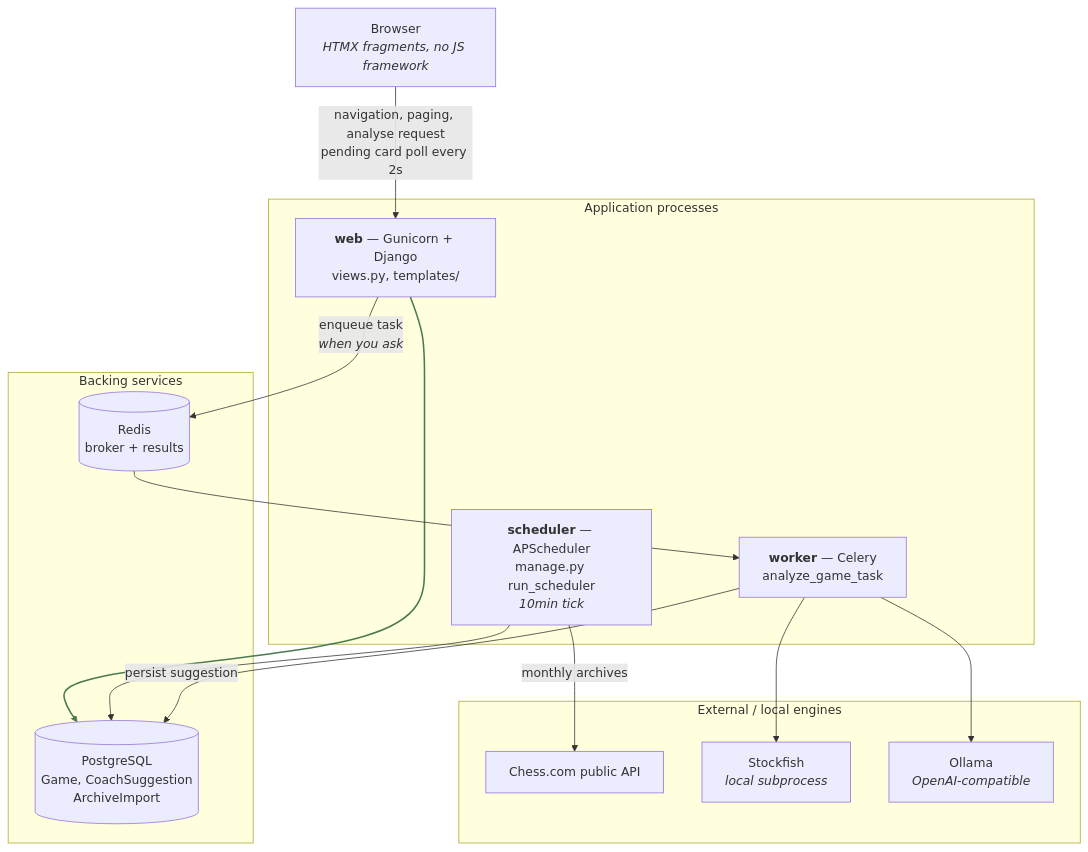
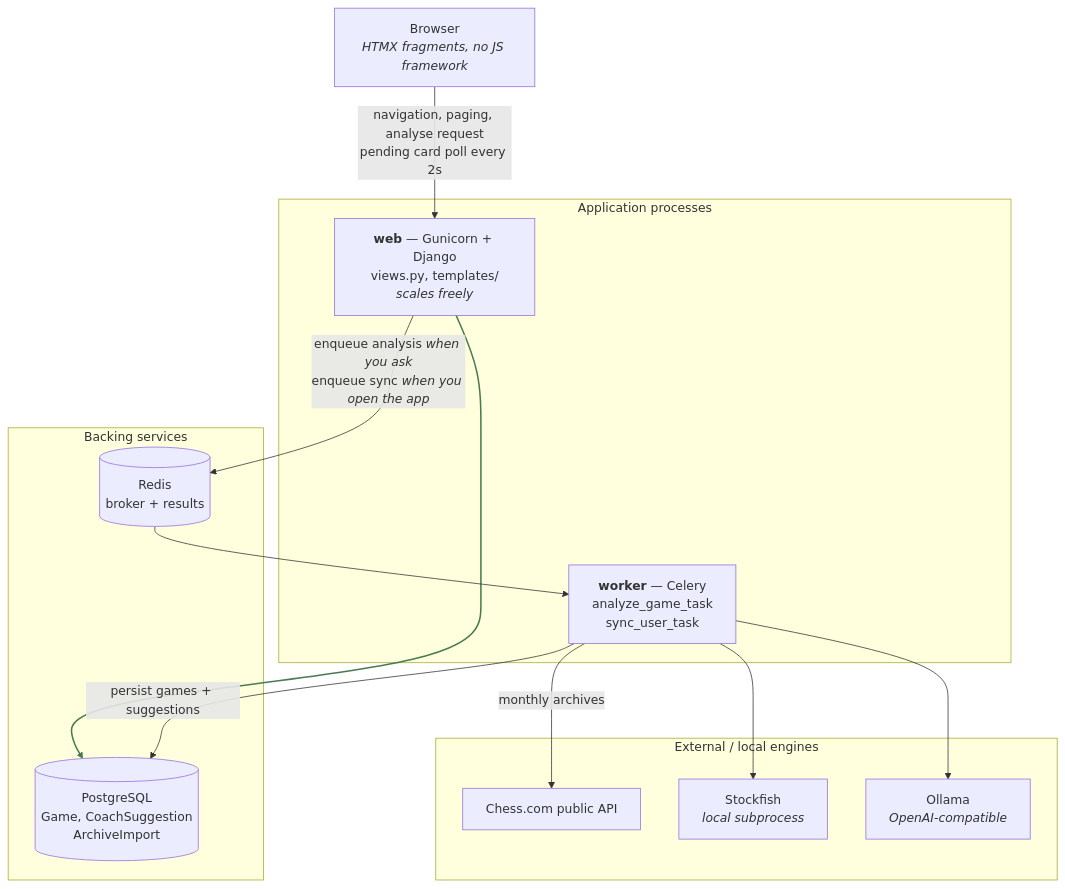
Before and after one commit to gab-25/chessdotcom_ai_coach: the first of 2 diagrams in docs/architecture.md, drawn with Mermaid. The commit also changed other lines of this file and 25 other files, not shown here.

````diff
--- a/docs/architecture.md
+++ b/docs/architecture.md
@@ -27,33 +34,31 @@
 ```mermaid
 graph TD
     Browser["Browser<br/><i>HTMX fragments, no JS framework</i>"]
 
     subgraph app["Application processes"]
-        Web["<b>web</b> — Gunicorn + Django<br/>views.py, templates/"]
-        Sched["<b>scheduler</b> — APScheduler<br/>manage.py run_scheduler<br/><i>10min tick</i>"]
-        Worker["<b>worker</b> — Celery<br/>analyze_game_task"]
+        Web["<b>web</b> — Gunicorn + Django<br/>views.py, templates/<br/><i>scales freely</i>"]
+        Worker["<b>worker</b> — Celery<br/>analyze_game_task<br/>sync_user_task"]
     end
 
     subgraph infra["Backing services"]
         PG[("PostgreSQL<br/>Game, CoachSuggestion<br/>ArchiveImport")]
         Redis[("Redis<br/>broker + results")]
     end
 
     subgraph ext["External / local engines"]
         ChessCom["Chess.com public API"]
         SF["Stockfish<br/><i>local subprocess</i>"]
         LLM["Ollama<br/><i>OpenAI-compatible</i>"]
     end
 
     Browser -->|"navigation, paging, analyse request<br/>pending card poll every 2s"| Web
     Web --> PG
-    Sched -->|"monthly archives"| ChessCom
-    Sched --> PG
-    Web -->|"enqueue task<br/><i>when you ask</i>"| Redis
+    Web -->|"enqueue analysis <i>when you ask</i><br/>enqueue sync <i>when you open the app</i>"| Redis
     Redis --> Worker
+    Worker -->|"monthly archives"| ChessCom
     Worker --> SF
     Worker --> LLM
-    Worker -->|"persist suggestion"| PG
+    Worker -->|"persist games + suggestions"| PG
 
     linkStyle 1 stroke:#4a7a52,stroke-width:2px
 ```
````
